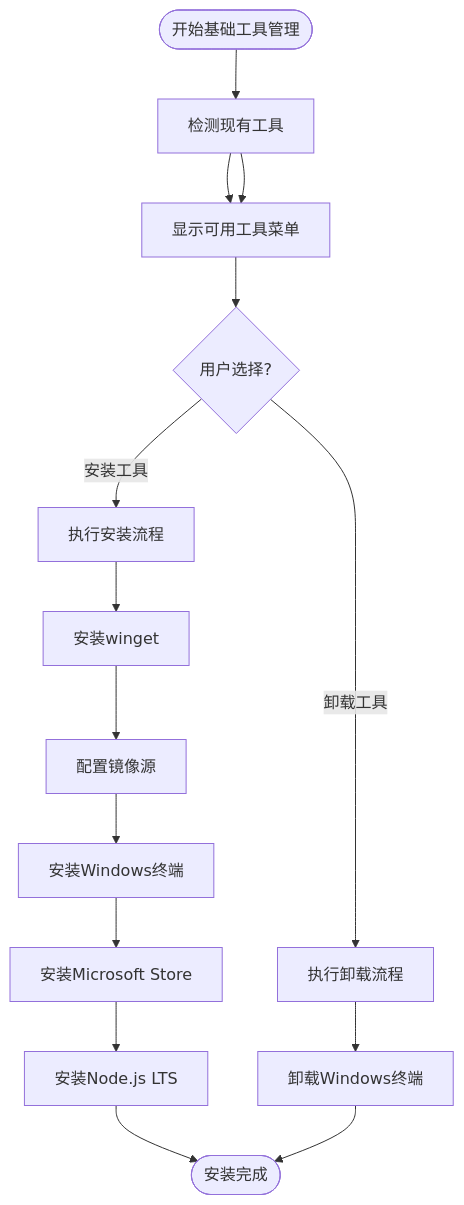
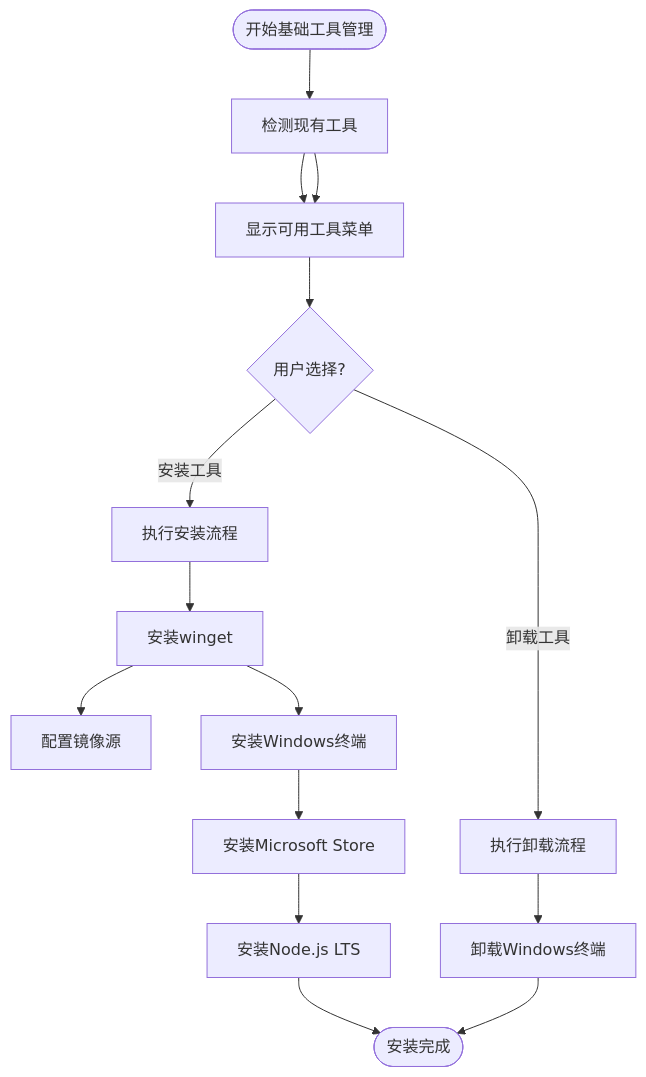
The seventh of 10 diagrams in .qoder/repowiki/zh/content/构建与部署/Windows PowerShell自动化.md (tea4go/Macro-Deck-Client-App), drawn with Mermaid before and after one commit. The commit also changed other lines of this file and 8 other files, not shown here.

````diff
--- a/.qoder/repowiki/zh/content/构建与部署/Windows PowerShell自动化.md
+++ b/.qoder/repowiki/zh/content/构建与部署/Windows PowerShell自动化.md
@@ -657,17 +775,17 @@
 ```mermaid
 flowchart TD
 Start([开始基础工具管理]) --> CheckTools[检测现有工具]
 CheckTools --> ShowMenu[显示可用工具菜单]
 ShowMenu --> SelectTools{用户选择?}
 SelectTools --> |安装工具| InstallProcess[执行安装流程]
 SelectTools --> |卸载工具| UninstallProcess[执行卸载流程]
 InstallProcess --> InstallWinget[安装winget]
 InstallWinget --> ConfigureMirror[配置镜像源]
-ConfigureMirror --> InstallTerminal[安装Windows终端]
+InstallWinget --> InstallTerminal[安装Windows终端]
 InstallTerminal --> InstallStore[安装Microsoft Store]
 InstallStore --> InstallNode[安装Node.js LTS]
 InstallNode --> Complete([安装完成])
 UninstallProcess --> UninstallTerminal[卸载Windows终端]
 UninstallTerminal --> Complete
 CheckTools --> ShowMenu
 ```
````
